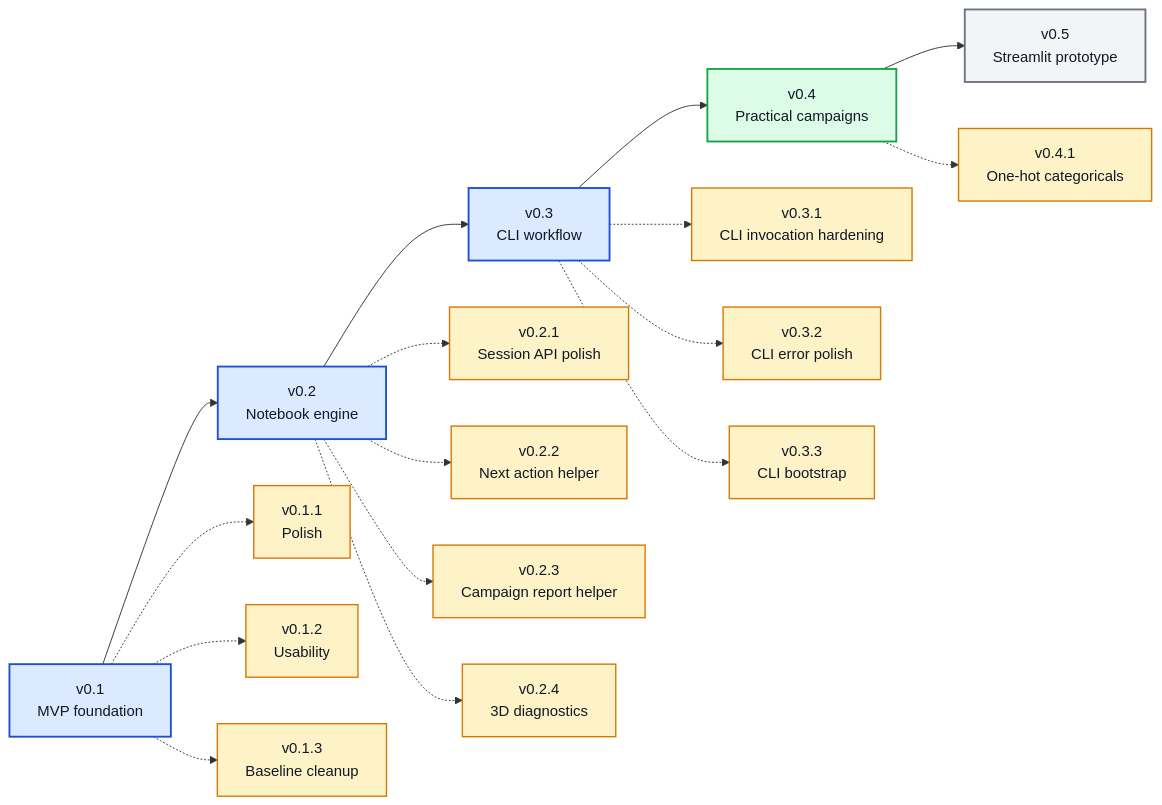
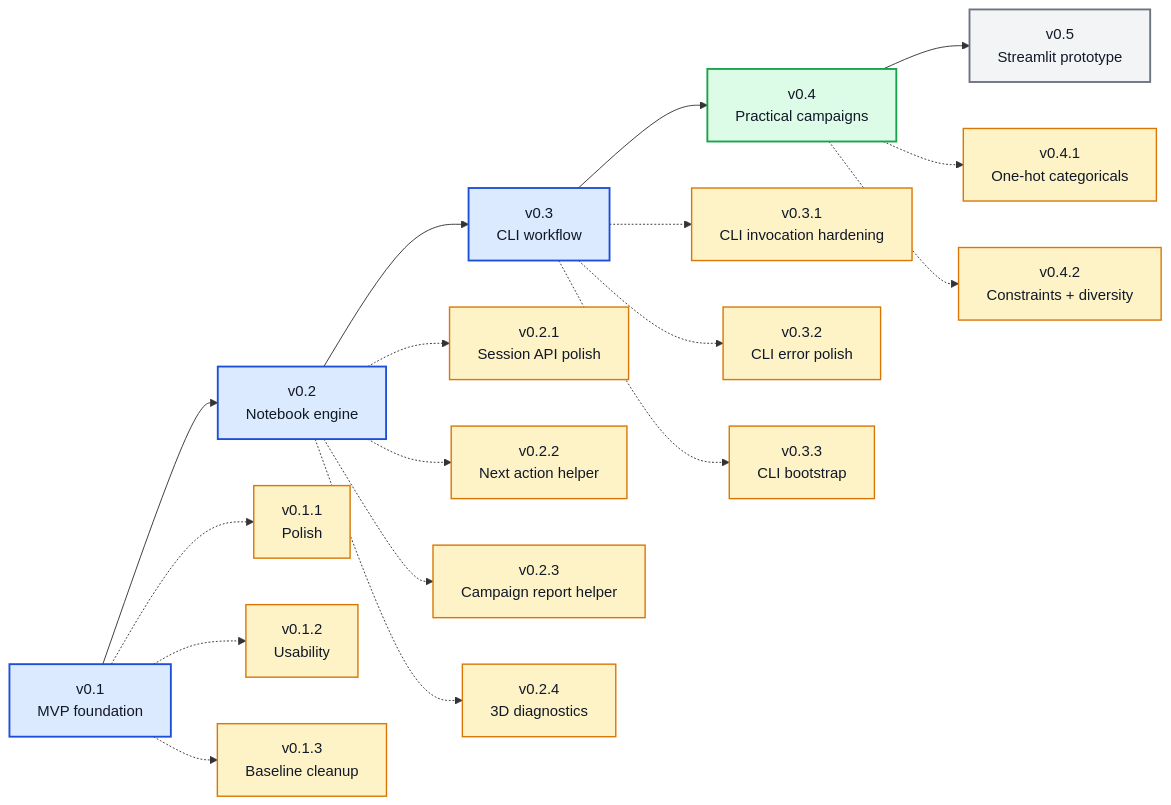
One commit to angzeli/bo-forge changed the diagram in ROADMAP.md. Above: the diagram before and after it, drawn with Mermaid. The commit also changed other lines of this file and 22 other files, not shown here.

````diff
--- a/ROADMAP.md
+++ b/ROADMAP.md
@@ -7,38 +7,40 @@
 ```mermaid
 flowchart LR
     v01["v0.1<br/>MVP foundation"] --> v02["v0.2<br/>Notebook engine"] --> v03["v0.3<br/>CLI workflow"] --> v04["v0.4<br/>Practical campaigns"] --> v05["v0.5<br/>Streamlit prototype"]
 
     v011["v0.1.1<br/>Polish"]
     v012["v0.1.2<br/>Usability"]
     v013["v0.1.3<br/>Baseline cleanup"]
     v021["v0.2.1<br/>Session API polish"]
     v022["v0.2.2<br/>Next action helper"]
     v023["v0.2.3<br/>Campaign report helper"]
     v024["v0.2.4<br/>3D diagnostics"]
     v031["v0.3.1<br/>CLI invocation hardening"]
     v032["v0.3.2<br/>CLI error polish"]
     v033["v0.3.3<br/>CLI bootstrap"]
     v041["v0.4.1<br/>One-hot categoricals"]
+    v042["v0.4.2<br/>Constraints + diversity"]
     
     v01 -.-> v011
     v01 -.-> v012
     v01 -.-> v013
     v02 -.-> v021
     v02 -.-> v022
     v02 -.-> v023
     v02 -.-> v024
     v03 -.-> v031
     v03 -.-> v032
     v03 -.-> v033
     v04 -.-> v041
+    v04 -.-> v042
     
     class v01,v02,v03 majorDone
     class v04 majorNext
     class v05 majorFuture
-    class v011,v012,v013,v021,v022,v023,v024,v031,v032,v033,v041 patchDone
+    class v011,v012,v013,v021,v022,v023,v024,v031,v032,v033,v041,v042 patchDone
 
     classDef majorDone fill:#dbeafe,stroke:#1d4ed8,stroke-width:2px,color:#111827;
     classDef majorNext fill:#dcfce7,stroke:#16a34a,stroke-width:2px,color:#111827;
     classDef majorFuture fill:#f3f4f6,stroke:#6b7280,stroke-width:2px,color:#111827;
     classDef patchDone fill:#fef3c7,stroke:#d97706,stroke-width:1.5px,color:#111827;
 ```
````
